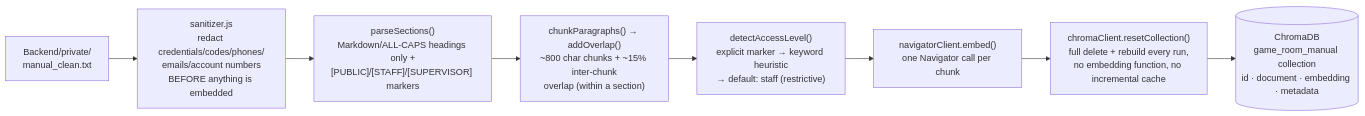
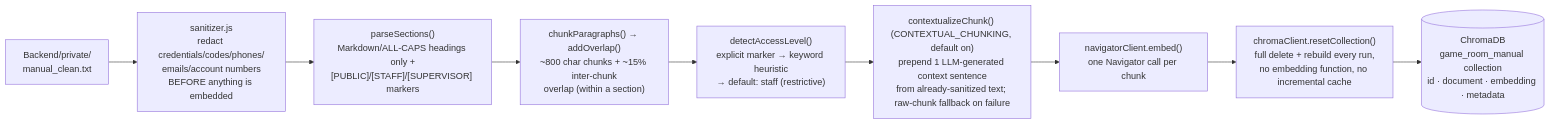
The third of 3 diagrams in docs/ARCHITECTURE.md (Roopsaicharan/Game_room_chatbot), drawn with Mermaid before and after one commit. The commit also changed other lines of this file and 2 other files, not shown here.

First line of the commit message:
docs: document M10 quality pass (session-memory fix, contextual retrieval, elliptical routing, ReACT opt-in)

````diff
--- a/docs/ARCHITECTURE.md
+++ b/docs/ARCHITECTURE.md
@@ -177,10 +179,11 @@
 ```mermaid
 flowchart LR
     A["Backend/private/<br/>manual_clean.txt"] --> B["sanitizer.js<br/>redact credentials/codes/phones/<br/>emails/account numbers<br/>BEFORE anything is embedded"]
     B --> C["parseSections()<br/>Markdown/ALL-CAPS headings only +<br/>[PUBLIC]/[STAFF]/[SUPERVISOR] markers"]
     C --> D["chunkParagraphs() → addOverlap()<br/>~800 char chunks + ~15% inter-chunk<br/>overlap (within a section)"]
     D --> E["detectAccessLevel()<br/>explicit marker → keyword heuristic<br/>→ default: staff (restrictive)"]
-    E --> F["navigatorClient.embed()<br/>one Navigator call per chunk"]
+    E --> CTX["contextualizeChunk() (CONTEXTUAL_CHUNKING, default on)<br/>prepend 1 LLM-generated context sentence<br/>from already-sanitized text; raw-chunk fallback on failure"]
+    CTX --> F["navigatorClient.embed()<br/>one Navigator call per chunk"]
     F --> G["chromaClient.resetCollection()<br/>full delete + rebuild every run,<br/>no embedding function, no incremental cache"]
     G --> H[("ChromaDB<br/>game_room_manual collection<br/>id · document · embedding · metadata")]
 ```
````
